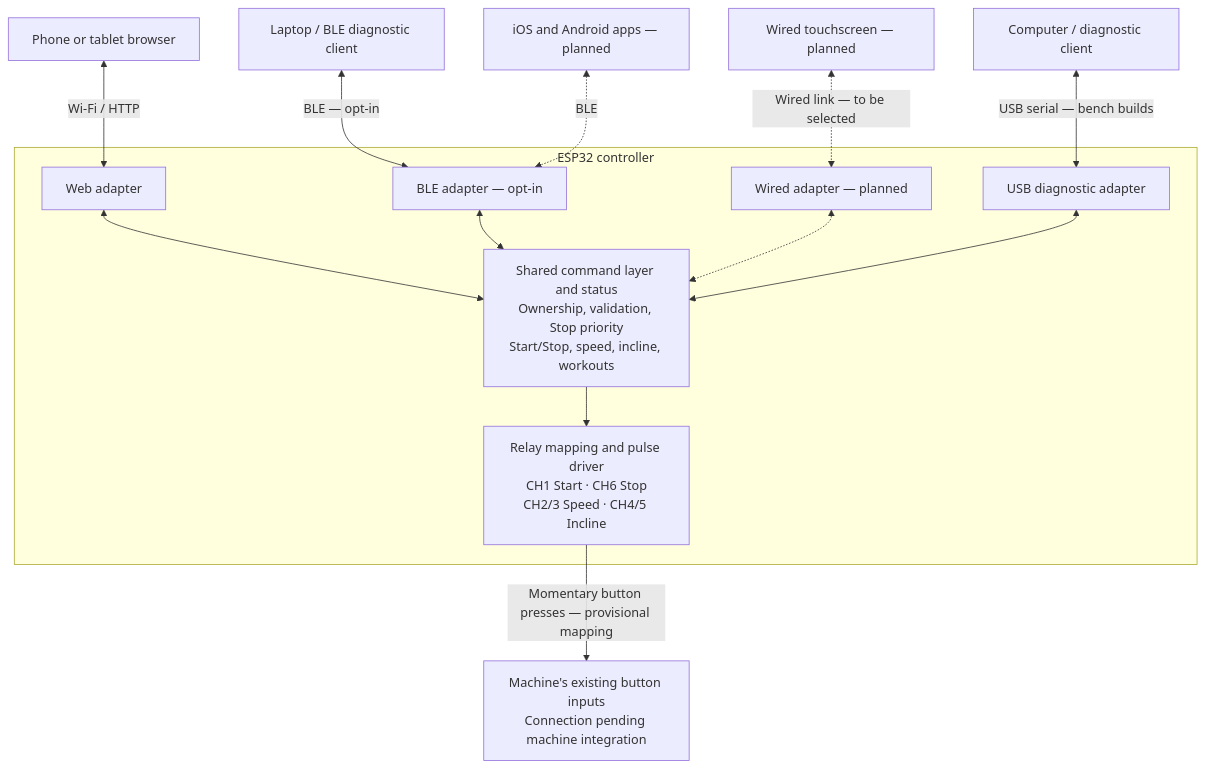
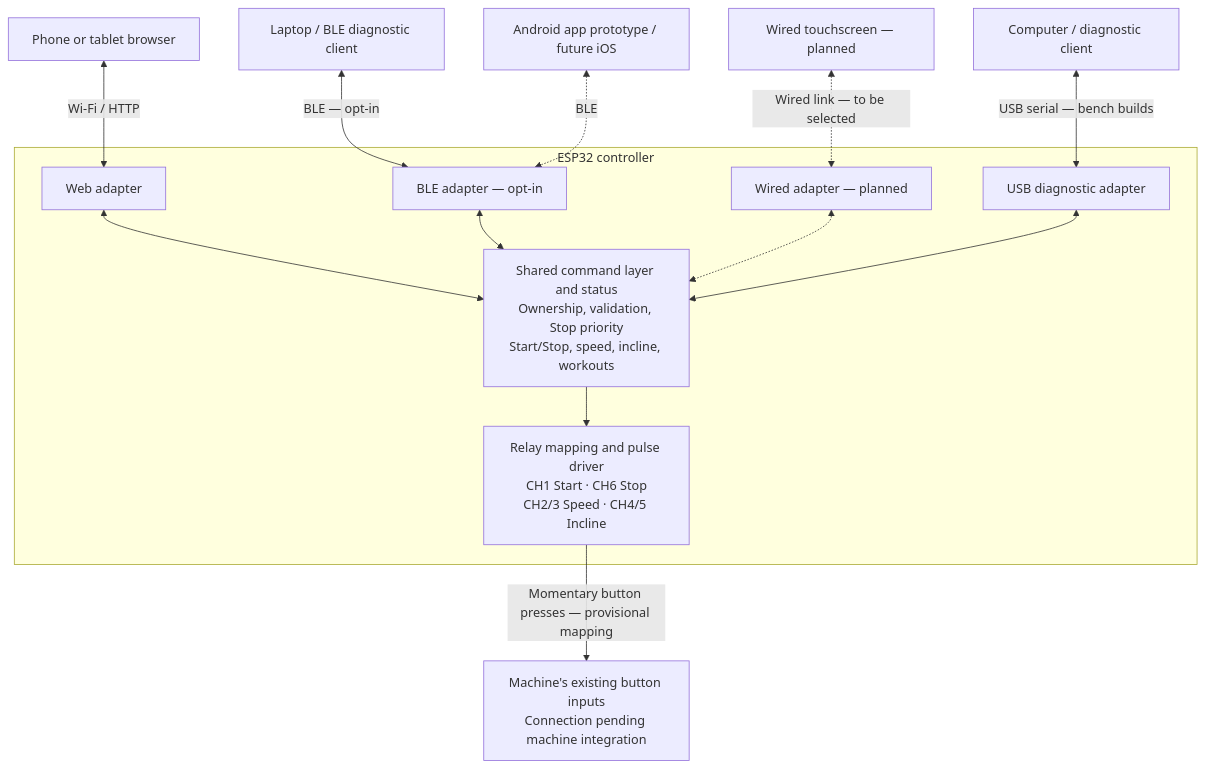
Before and after one commit to zdiubaldo/nordic-ski-controller: the diagram in README.md, drawn with Mermaid. The commit also changed other lines of this file and 19 other files, not shown here.

Commit message:
Add Android BLE trial app and shared TypeScript client

````diff
--- a/README.md
+++ b/README.md
@@ -21,24 +21,24 @@
 ```mermaid
 flowchart TB
     Web["Phone or tablet browser"] <-->|"Wi-Fi / HTTP"| HTTP
     Laptop["Laptop / BLE diagnostic client"] <-->|"BLE — opt-in"| BLE
-    Apps["iOS and Android apps — planned"] <-.->|"BLE"| BLE
+    Apps["Android app prototype / future iOS"] <-.->|"BLE"| BLE
     Screen["Wired touchscreen — planned"] <-.->|"Wired link — to be selected"| Wired
     Computer["Computer / diagnostic client"] <-->|"USB serial — bench builds"| USB
 
     subgraph ESP["ESP32 controller"]
         HTTP["Web adapter"]
         BLE["BLE adapter — opt-in"]
         Wired["Wired adapter — planned"]
         USB["USB diagnostic adapter"]
         Shared["Shared command layer and status<br/>Ownership, validation, Stop priority<br/>Start/Stop, speed, incline, workouts"]
         Relay["Relay mapping and pulse driver<br/>CH1 Start · CH6 Stop<br/>CH2/3 Speed · CH4/5 Incline"]
         HTTP <--> Shared
         BLE <--> Shared
         Wired <-.-> Shared
         USB <--> Shared
         Shared --> Relay
     end
 
     Relay -->|"Momentary button presses — provisional mapping"| Machine["Machine's existing button inputs<br/>Connection pending machine integration"]
 ```
````
